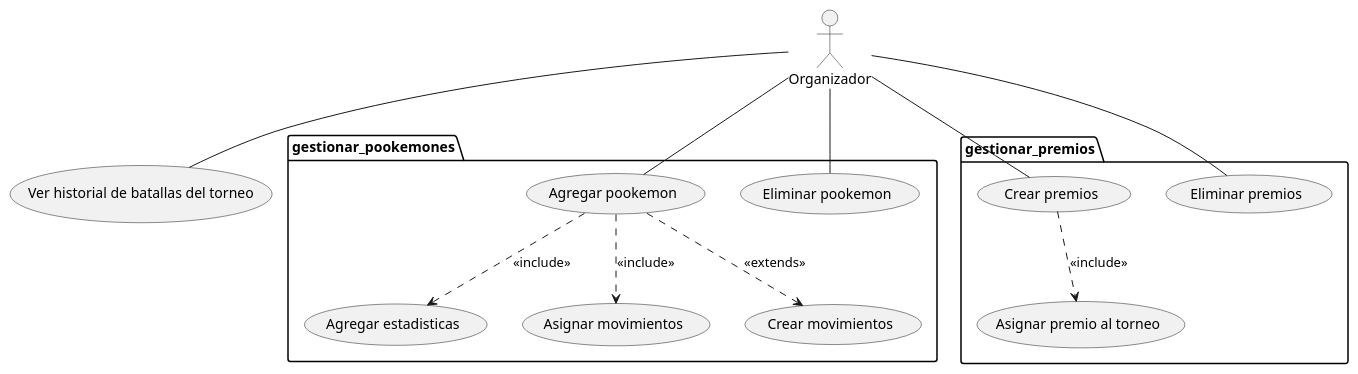
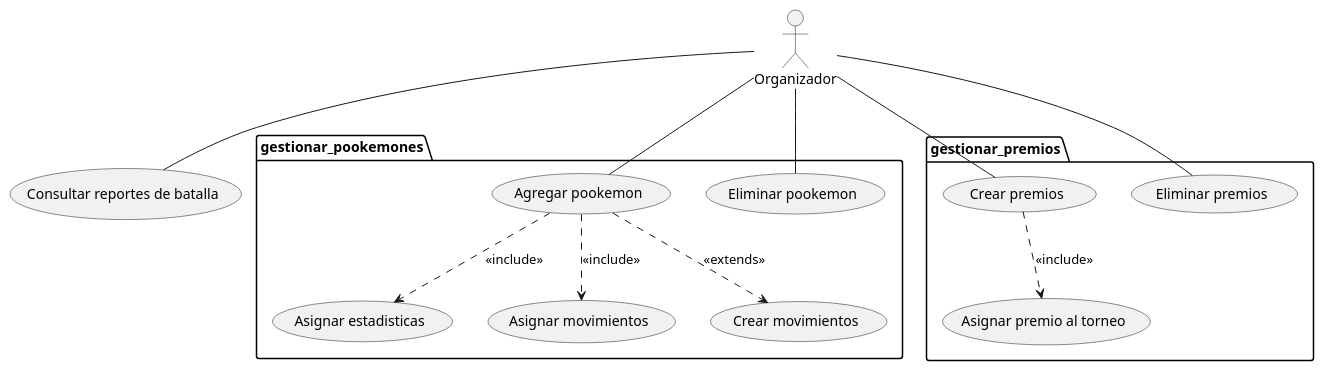
Before and after one commit to Edmh1/Poo-Kemon-proyecto: the diagram in 5 diagramas de casos de uso/Organizador.plantuml, drawn with PlantUML. The commit also changed 1 other file, not shown here.

```diff
--- a/5 diagramas de casos de uso/Organizador.plantuml
+++ b/5 diagramas de casos de uso/Organizador.plantuml
@@ -1,32 +1,32 @@
 @startuml Organizador
 
 actor Organizador
 
 package gestionar_pookemones{
     usecase "Agregar pookemon" as agrPoo
-    usecase "Agregar estadisticas" as agrEst
+    usecase "Asignar estadisticas" as asiEst
     usecase "Asignar movimientos" as asiMov
     usecase "Crear movimientos" as creMov
     usecase "Eliminar pookemon" as eliPoo
 }
 
 Organizador -- agrPoo
-agrPoo ..> agrEst: <<include>>
+agrPoo ..> asiEst: <<include>>
 agrPoo ..> asiMov: <<include>>
 agrPoo ..> creMov: <<extends>>
 Organizador -- eliPoo
 
 package gestionar_premios{
     usecase "Crear premios" as crePre
     usecase "Asignar premio al torneo" as asiPreTor
     usecase "Eliminar premios" as eliPre
 }
 
-usecase "Ver historial de batallas del torneo" as verHisBat
+usecase "Consultar reportes de batalla" as verHisBat
 
 Organizador -- crePre
 crePre ..> asiPreTor: <<include>>
 Organizador -- eliPre
 Organizador -- verHisBat
 
 @enduml
```
